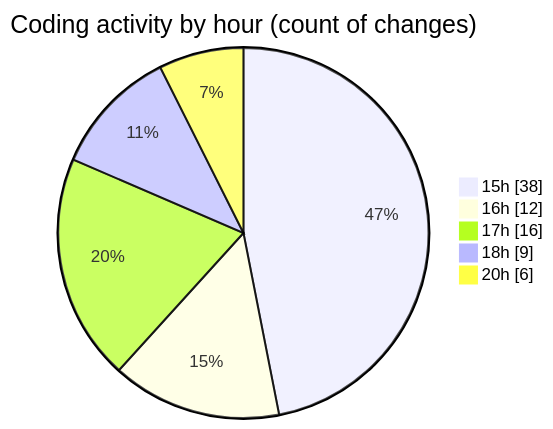
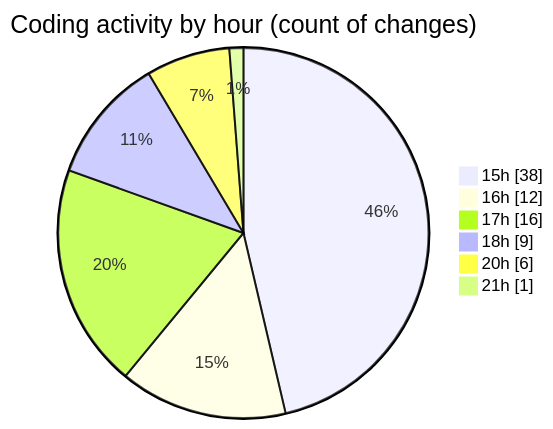
Before and after one commit to nxtqubesakshisongat/code-tracking: the second of 2 diagrams in 2025-09-08/cashcalculator/README.md, drawn with Mermaid. The commit also changed other lines of this file and 1 other file, not shown here.

````diff
--- a/2025-09-08/cashcalculator/README.md
+++ b/2025-09-08/cashcalculator/README.md
@@ -28,9 +28,10 @@
 ```mermaid
 pie showData
 title Coding activity by hour (count of changes)
 "15h" : 38
 "16h" : 12
 "17h" : 16
 "18h" : 9
 "20h" : 6
+"21h" : 1
 ```
````
